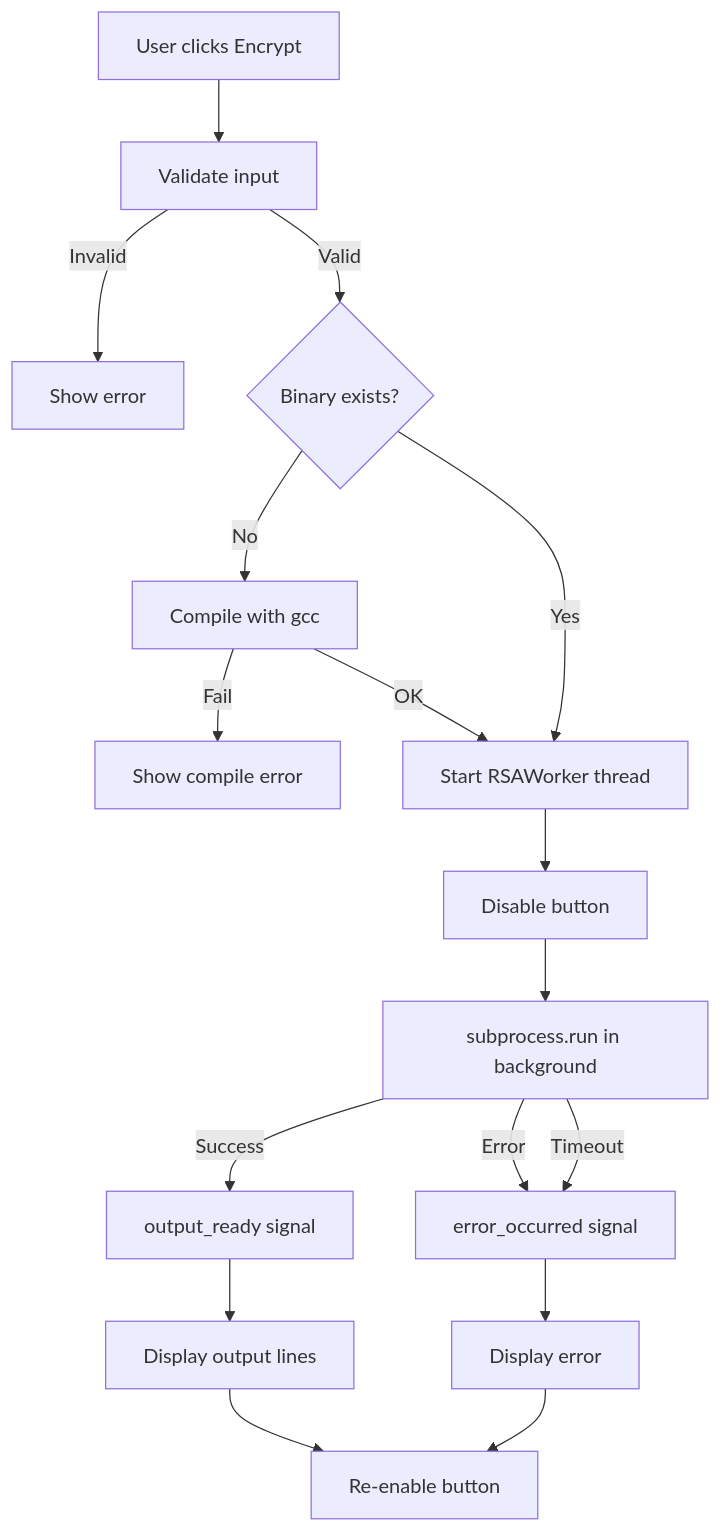
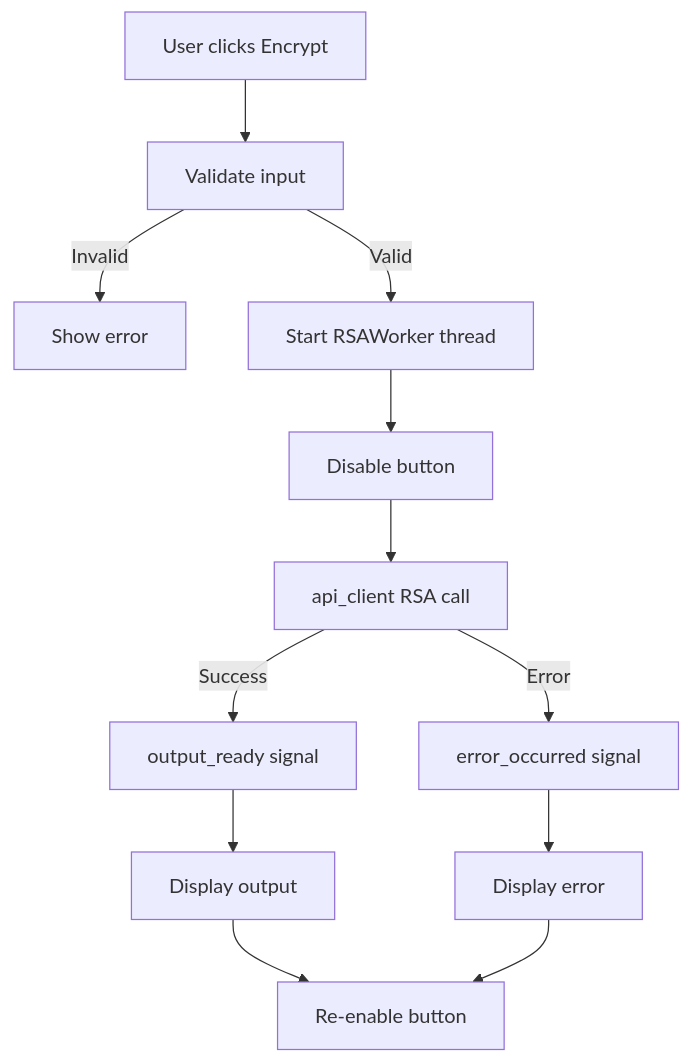
Before and after one commit to Mr-Robotiko/Gilfi: the fourth of 6 diagrams in src/frontend/README.md, drawn with Mermaid. The commit also changed other lines of this file, not shown here.

````diff
--- a/src/frontend/README.md
+++ b/src/frontend/README.md
@@ -231,18 +307,13 @@
 ```mermaid
 flowchart TD
     A[User clicks Encrypt] --> B[Validate input]
     B -- Invalid --> C[Show error]
-    B -- Valid --> D{Binary exists?}
-    D -- No --> E[Compile with gcc]
-    E -- Fail --> F[Show compile error]
-    E -- OK --> G[Start RSAWorker thread]
-    D -- Yes --> G
-    G --> H[Disable button]
-    H --> I[subprocess.run in background]
-    I -- Success --> J[output_ready signal]
-    I -- Error --> K[error_occurred signal]
-    I -- Timeout --> K
-    J --> L[Display output lines]
-    K --> M[Display error]
-    L & M --> N[Re-enable button]
+    B -- Valid --> D[Start RSAWorker thread]
+    D --> E[Disable button]
+    E --> F[api_client RSA call]
+    F -- Success --> G[output_ready signal]
+    F -- Error --> H[error_occurred signal]
+    G --> I[Display output]
+    H --> J[Display error]
+    I & J --> K[Re-enable button]
 ```
````
